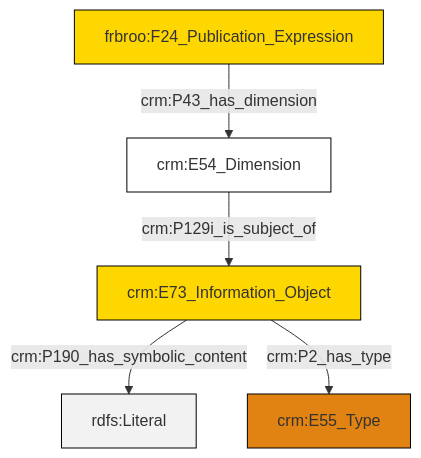
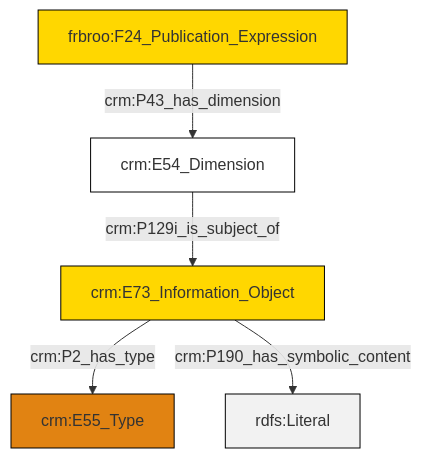
One commit to swiss-art-research-net/docs.swissartresearch changed the diagram in et/biblioCSV/ttl/mmd/biblio_substance.ttl.mmd. Above: the diagram before and after it, drawn with Mermaid. The commit also changed 177 other files, not shown here.

```diff
--- a/et/biblioCSV/ttl/mmd/biblio_substance.ttl.mmd
+++ b/et/biblioCSV/ttl/mmd/biblio_substance.ttl.mmd
@@ -1,19 +1,19 @@
 graph TD
 classDef Literal fill:#f2f2f2,stroke:#000000;
 classDef CRM_Entity fill:#FFFFFF,stroke:#000000;
 classDef Temporal_Entity fill:#00C9E6, stroke:#000000;
 classDef Type fill:#E18312, stroke:#000000;
 classDef Time-Span fill:#2C9C91, stroke:#000000;
 classDef Appellation fill:#FFEB7F, stroke:#000000;
 classDef Place fill:#008836, stroke:#000000;
 classDef Persistent_Item fill:#B266B2, stroke:#000000;
 classDef Conceptual_Object fill:#FFD700, stroke:#000000;
 classDef Physical_Thing fill:#D2B48C, stroke:#000000;
 classDef Actor fill:#f58aad, stroke:#000000;
 classDef PC_Classes fill:#4ce600, stroke:#000000;
 classDef Multi fill:#cccccc,stroke:#000000;
 
-0["crm:E73_Information_Object"]:::Conceptual_Object -->|crm:P190_has_symbolic_content| 1[rdfs:Literal]:::Literal
-2["frbroo:F24_Publication_Expression"]:::Conceptual_Object -->|crm:P43_has_dimension| 5["crm:E54_Dimension"]:::CRM_Entity
-0["crm:E73_Information_Object"]:::Conceptual_Object -->|crm:P2_has_type| 7["crm:E55_Type"]:::Type
-5["crm:E54_Dimension"]:::CRM_Entity -->|crm:P129i_is_subject_of| 0["crm:E73_Information_Object"]:::Conceptual_Object
+0["frbroo:F24_Publication_Expression"]:::Conceptual_Object -->|crm:P43_has_dimension| 1["crm:E54_Dimension"]:::CRM_Entity
+5["crm:E73_Information_Object"]:::Conceptual_Object -->|crm:P2_has_type| 2["crm:E55_Type"]:::Type
+5["crm:E73_Information_Object"]:::Conceptual_Object -->|crm:P190_has_symbolic_content| 8[rdfs:Literal]:::Literal
+1["crm:E54_Dimension"]:::CRM_Entity -->|crm:P129i_is_subject_of| 5["crm:E73_Information_Object"]:::Conceptual_Object
```
